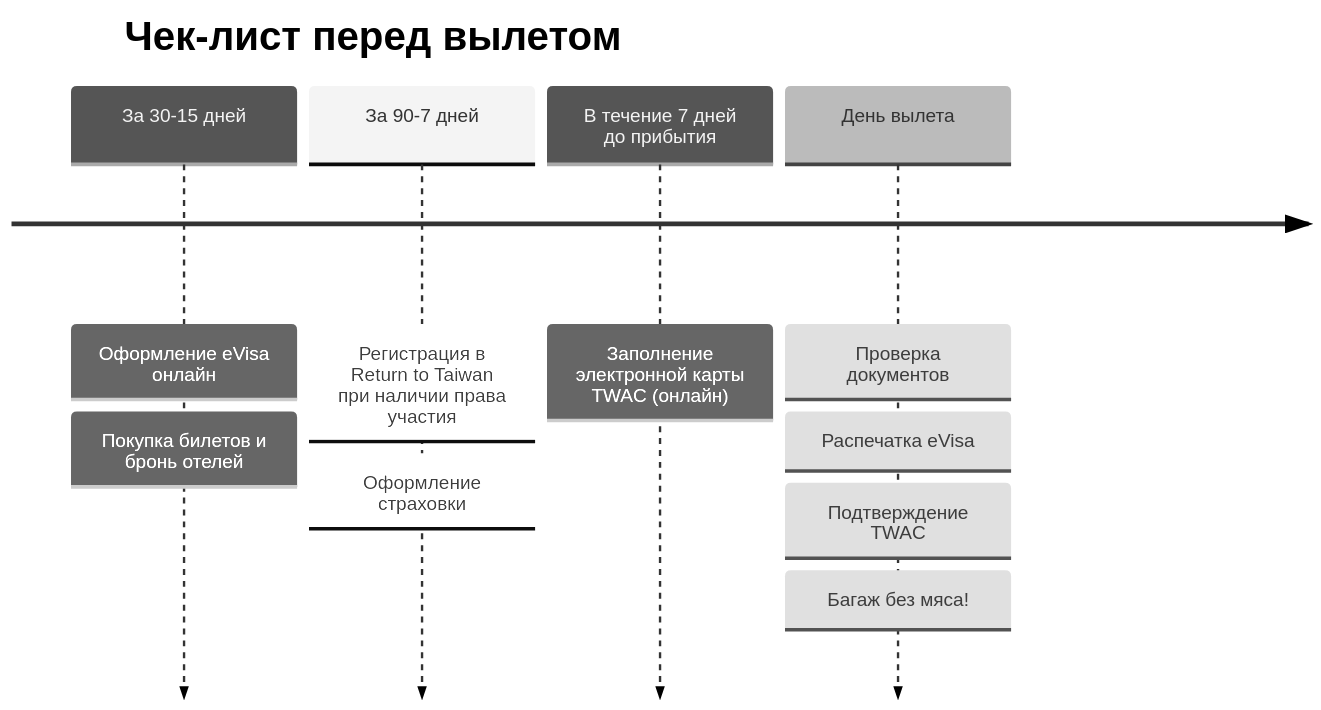
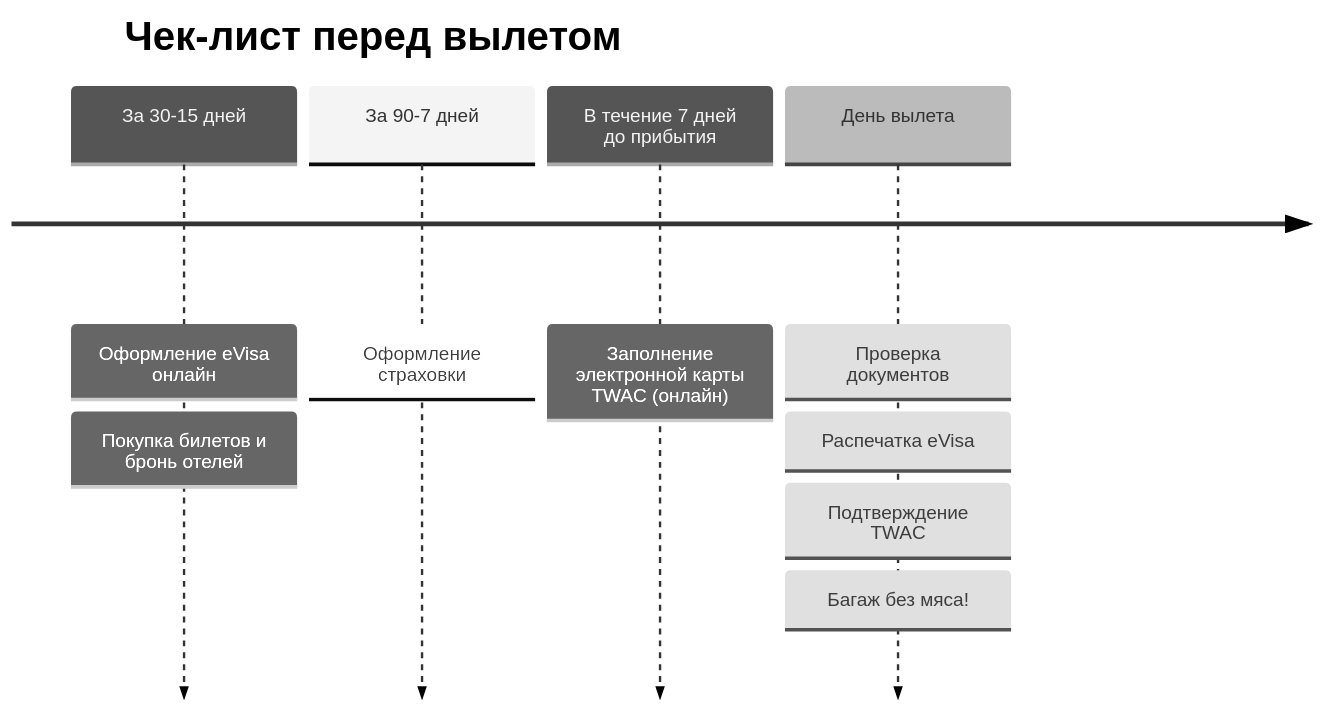
The second of 2 diagrams in Personal Note/Travel/-- Taiwan/05 - Полезная информация/Визовый гайд для граждан РФ (2026).md (injurka/obsidian-mark), drawn with Mermaid (neutral theme) before and after one commit. The commit also changed other lines of this file and 23 other files, not shown here.

````diff
--- a/Personal Note/Travel/-- Taiwan/05 - Полезная информация/Визовый гайд для граждан РФ (2026).md
+++ b/Personal Note/Travel/-- Taiwan/05 - Полезная информация/Визовый гайд для граждан РФ (2026).md
@@ -88,8 +86,8 @@
 ```mermaid
 timeline
     title Чек-лист перед вылетом
     За 30-15 дней : Оформление eVisa онлайн : Покупка билетов и бронь отелей
-    За 90-7 дней : Регистрация в Return to Taiwan при наличии права участия : Оформление страховки
+    За 90-7 дней : Оформление страховки
     В течение 7 дней до прибытия : Заполнение электронной карты TWAC (онлайн)
     День вылета : Проверка документов : Распечатка eVisa : Подтверждение TWAC : Багаж без мяса!
 ```
````
